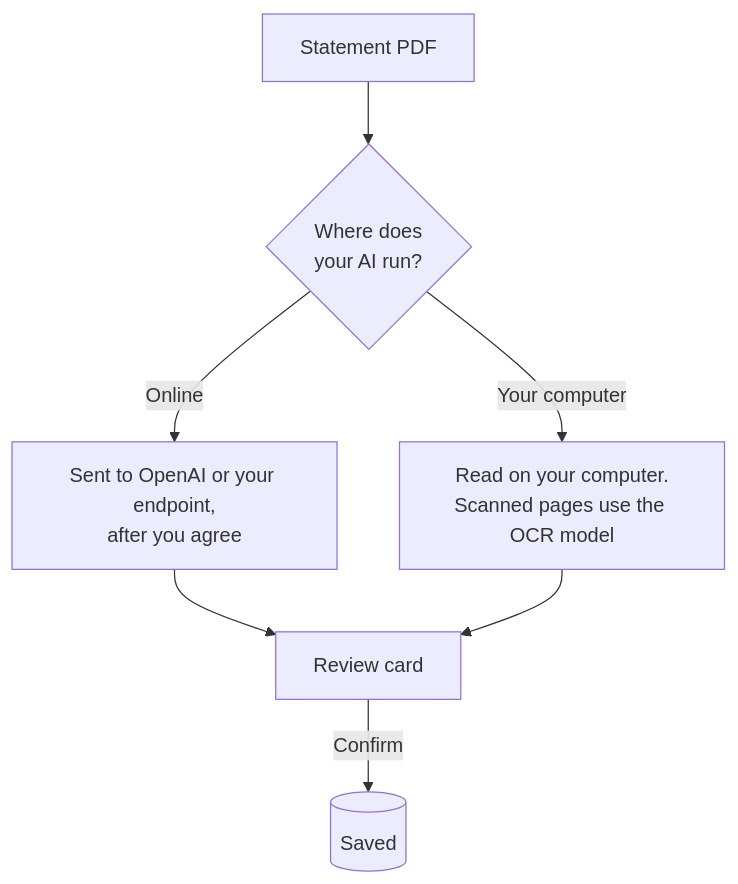
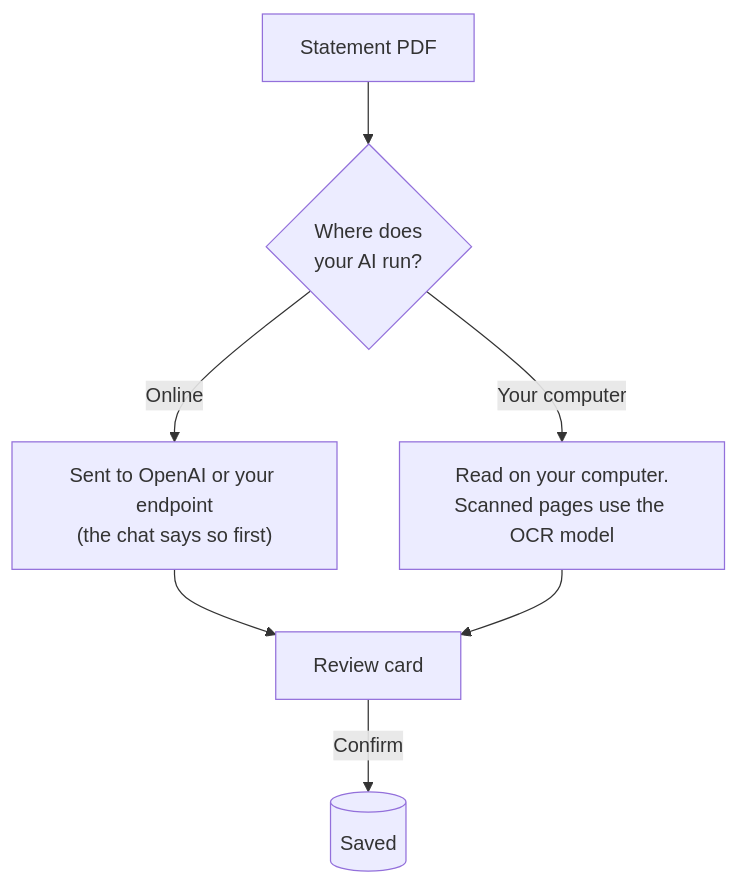
One commit to SameerR007/haushaltsbuch changed the fourth of 4 diagrams in README.md. Above: the diagram before and after it, drawn with Mermaid. The commit also changed other lines of this file and 9 other files, not shown here.

````diff
--- a/README.md
+++ b/README.md
@@ -108,9 +108,9 @@
 ```mermaid
 flowchart TD
     P["Statement PDF"] --> Q{"Where does<br/>your AI run?"}
-    Q -->|Online| O["Sent to OpenAI or your endpoint,<br/>after you agree"]
+    Q -->|Online| O["Sent to OpenAI or your endpoint<br/>(the chat says so first)"]
     Q -->|Your computer| L["Read on your computer.<br/>Scanned pages use the OCR model"]
     O --> R["Review card"]
     L --> R
     R -->|Confirm| S[("Saved")]
 ```
````
